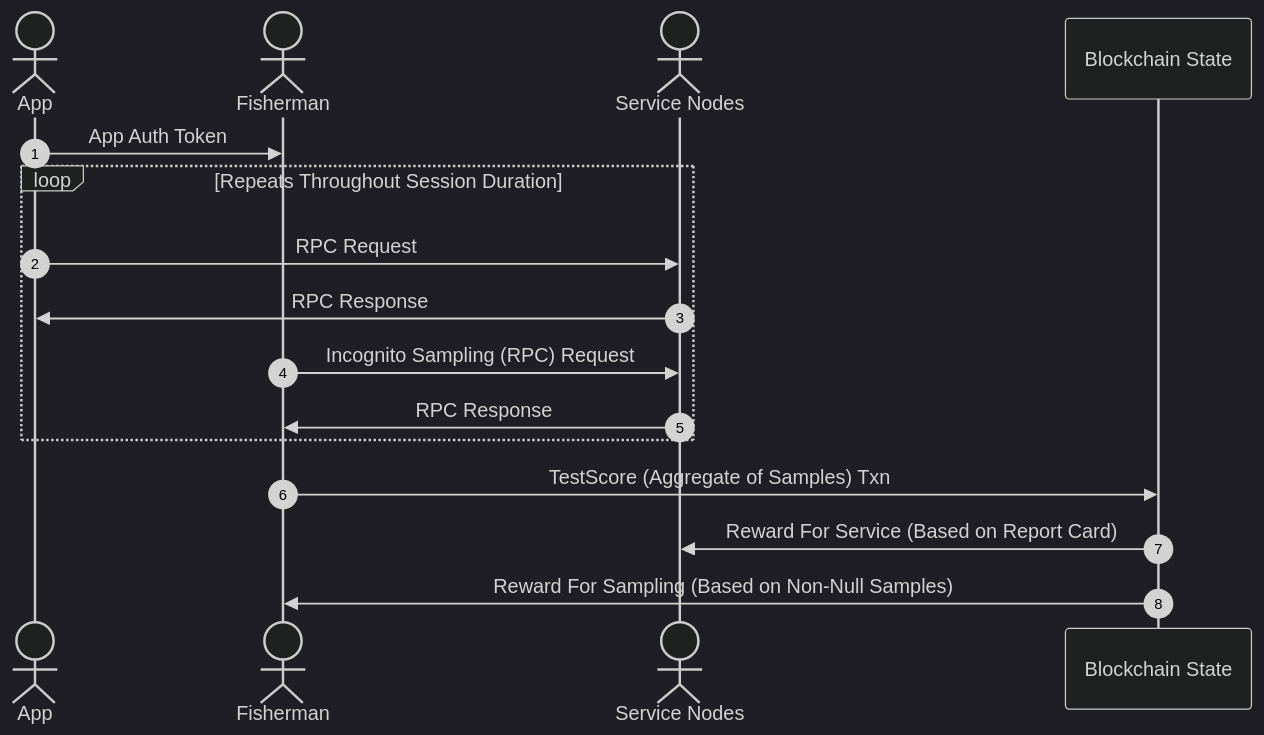
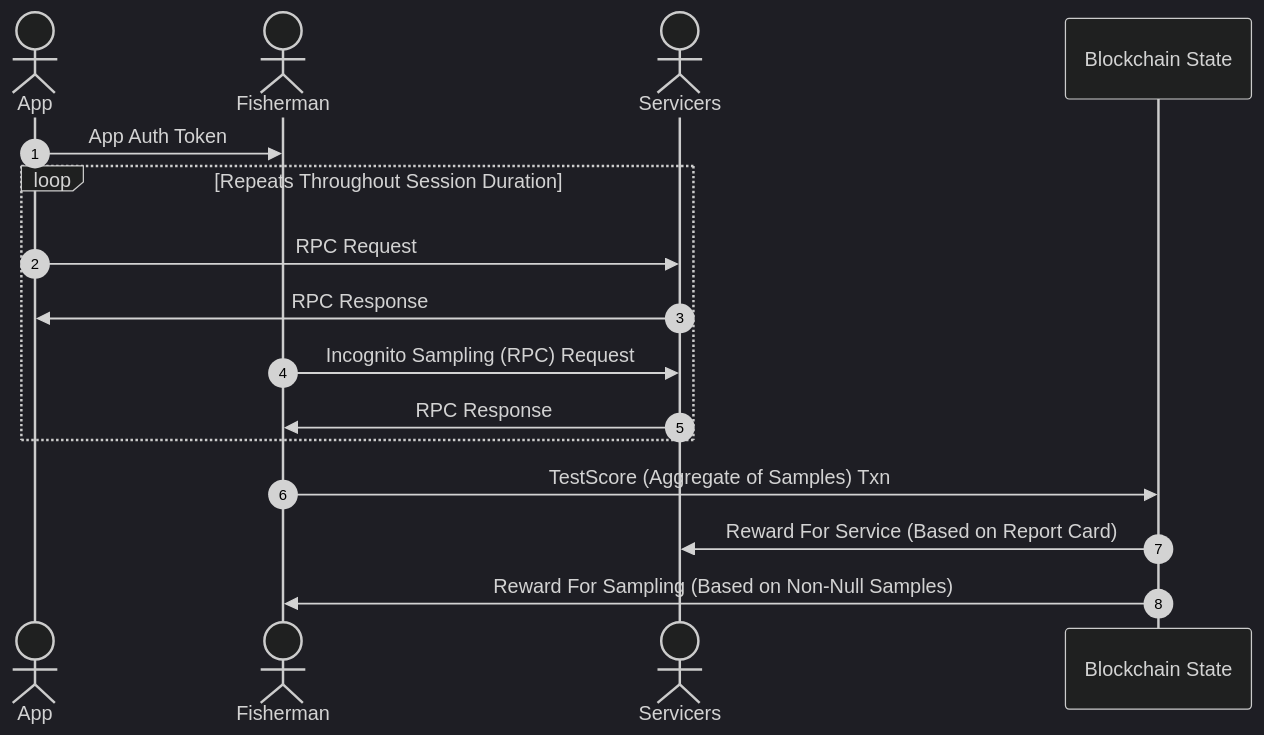
The sixth of 11 diagrams in utility/README.md (pokt-network/pocket-network-protocol), drawn with Mermaid (dark theme) before and after one commit. The commit also changed other lines of this file, not shown here.

Commit message:
Updated Service Node(s) to Servicer(s)

````diff
--- a/utility/README.md
+++ b/utility/README.md
@@ -480,17 +499,17 @@
 ```mermaid
 sequenceDiagram
     autonumber
     actor App
     actor Fisherman
-    actor Service Nodes
+    actor Servicers
     App->>Fisherman: App Auth Token
     loop Repeats Throughout Session Duration
-        App->>Service Nodes: RPC Request
-        Service Nodes->>App: RPC Response
-        Fisherman->>Service Nodes: Incognito Sampling (RPC) Request
-        Service Nodes->>Fisherman: RPC Response
+        App->>Servicers: RPC Request
+        Servicers->>App: RPC Response
+        Fisherman->>Servicers: Incognito Sampling (RPC) Request
+        Servicers->>Fisherman: RPC Response
     end
-    Fisherman->>Blockchain State: TestScore (Aggregate of Samples) Txn
-    Blockchain State ->>Service Nodes: Reward For Service (Based on Report Card)
+    Fisherman ->> Blockchain State: TestScore (Aggregate of Samples) Txn
+    Blockchain State ->> Servicers: Reward For Service (Based on Report Card)
     Blockchain State ->> Fisherman: Reward For Sampling  (Based on Non-Null Samples)
 ```
````
